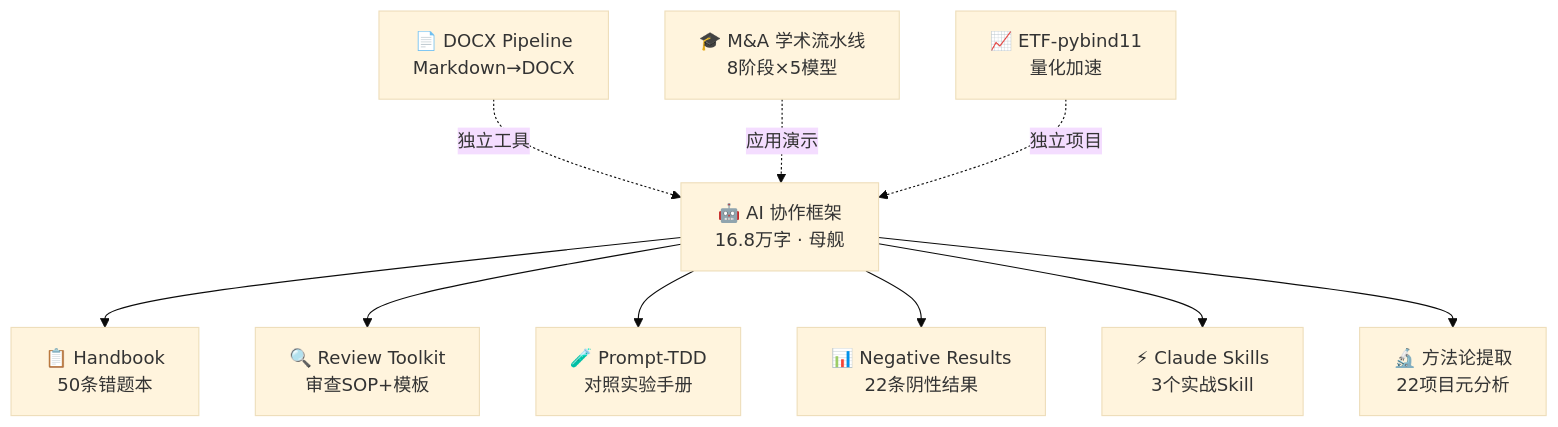
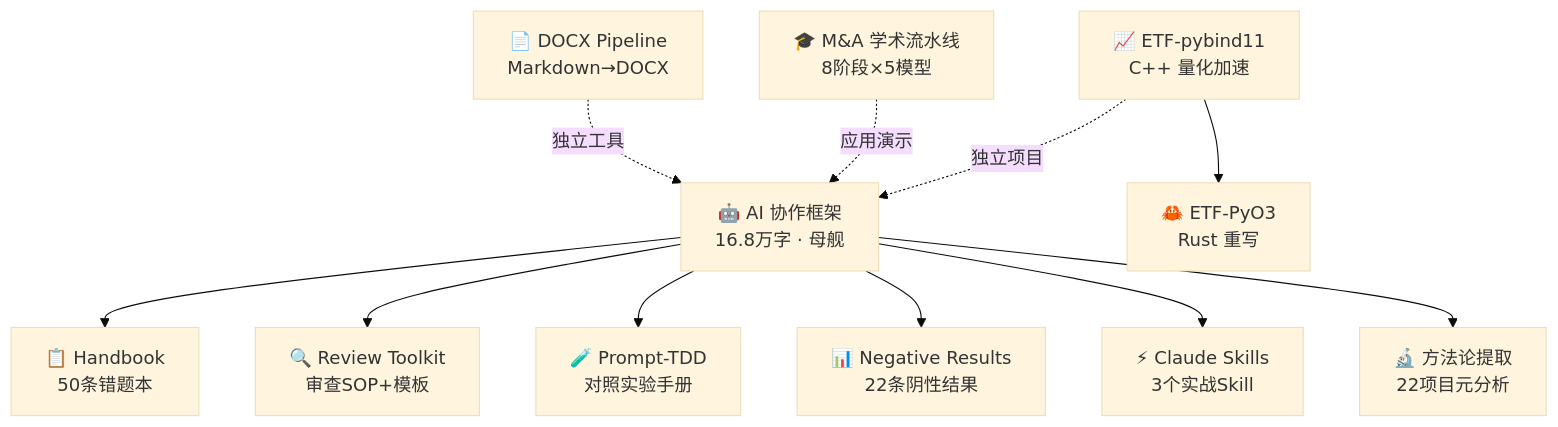
Before and after one commit to redamancy231-create/redamancy231-create: the diagram in README.md, drawn with Mermaid (base theme). The commit also changed other lines of this file, not shown here.

Commit message:
add etf-pattern-match-pyo3 to profile

````diff
--- a/README.md
+++ b/README.md
@@ -47,13 +48,14 @@
 ```mermaid
 graph TB
     F["🤖 AI 协作框架<br/>16.8万字 · 母舰"]
     F --> H["📋 Handbook<br/>50条错题本"]
     F --> R["🔍 Review Toolkit<br/>审查SOP+模板"]
     F --> P["🧪 Prompt-TDD<br/>对照实验手册"]
     F --> N["📊 Negative Results<br/>22条阴性结果"]
     F --> S["⚡ Claude Skills<br/>3个实战Skill"]
     F --> M["🔬 方法论提取<br/>22项目元分析"]
     D["📄 DOCX Pipeline<br/>Markdown→DOCX"] -.->|独立工具| F
     A["🎓 M&A 学术流水线<br/>8阶段×5模型"] -.->|应用演示| F
-    Q["📈 ETF-pybind11<br/>量化加速"] -.->|独立项目| F
+    Q["📈 ETF-pybind11<br/>C++ 量化加速"] -.->|独立项目| F
+    Q --> E["🦀 ETF-PyO3<br/>Rust 重写"]
 ```
````
